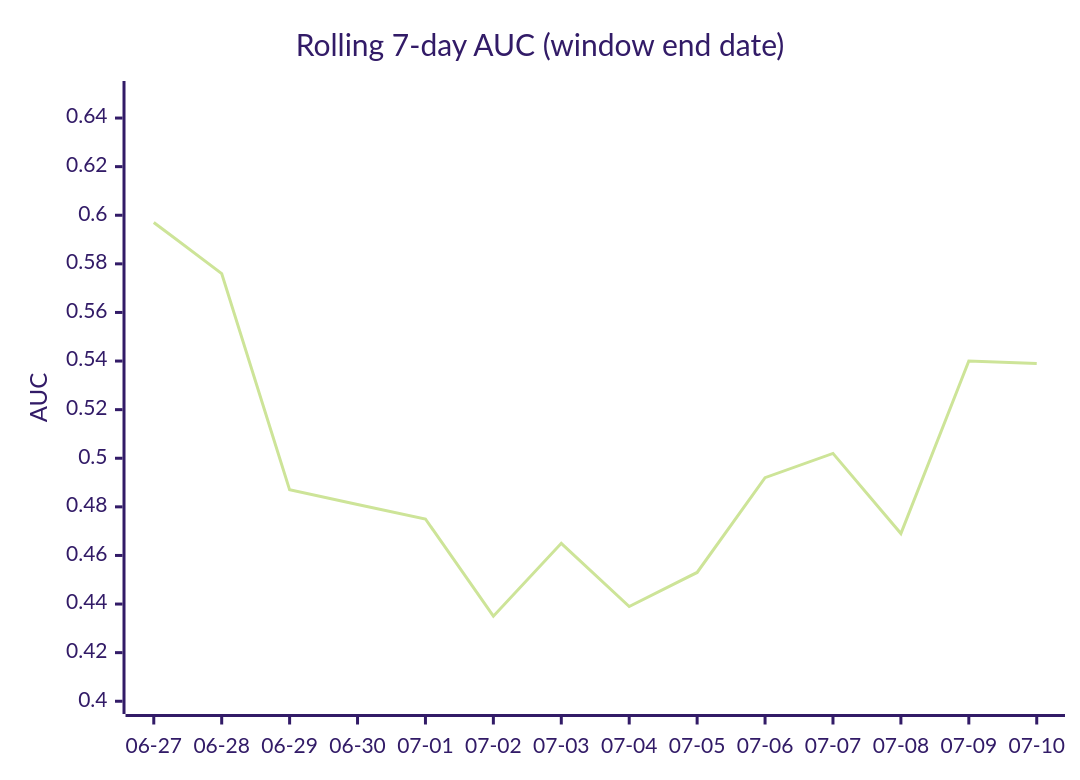
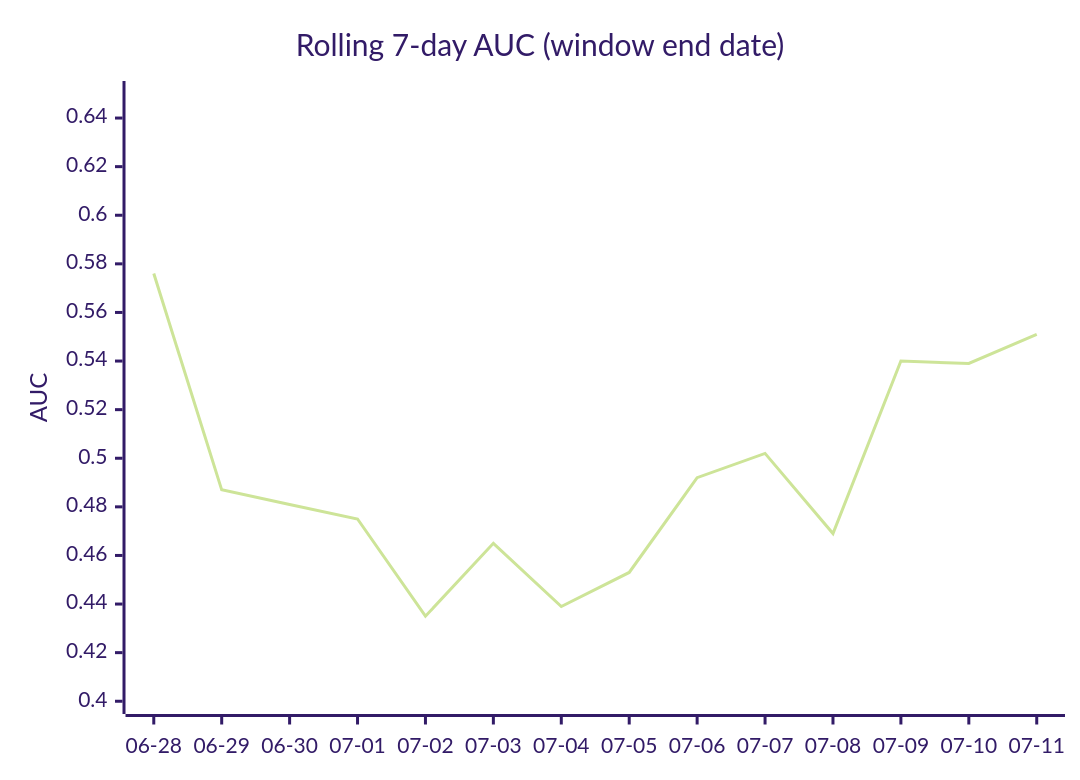
The fourth of 5 diagrams in DAILY_AGSU_REPORT.md (dpk1212/nhl-savant), drawn with Mermaid (forest theme) before and after one commit. The commit also changed other lines of this file, not shown here.

````diff
--- a/DAILY_AGSU_REPORT.md
+++ b/DAILY_AGSU_REPORT.md
@@ -540,7 +542,7 @@
 ```mermaid
 xychart-beta
     title "Rolling 7-day AUC (window end date)"
-    x-axis ["06-27", "06-28", "06-29", "06-30", "07-01", "07-02", "07-03", "07-04", "07-05", "07-06", "07-07", "07-08", "07-09", "07-10"]
+    x-axis ["06-28", "06-29", "06-30", "07-01", "07-02", "07-03", "07-04", "07-05", "07-06", "07-07", "07-08", "07-09", "07-10", "07-11"]
     y-axis "AUC" 0.4 --> 0.65
-    line [0.597, 0.576, 0.487, 0.481, 0.475, 0.435, 0.465, 0.439, 0.453, 0.492, 0.502, 0.469, 0.54, 0.539]
+    line [0.576, 0.487, 0.481, 0.475, 0.435, 0.465, 0.439, 0.453, 0.492, 0.502, 0.469, 0.54, 0.539, 0.551]
 ```
````
